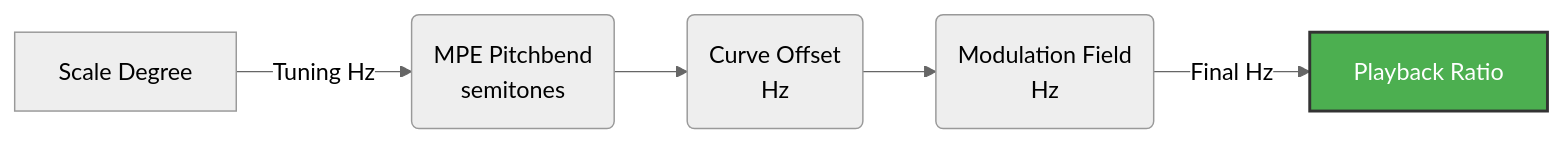
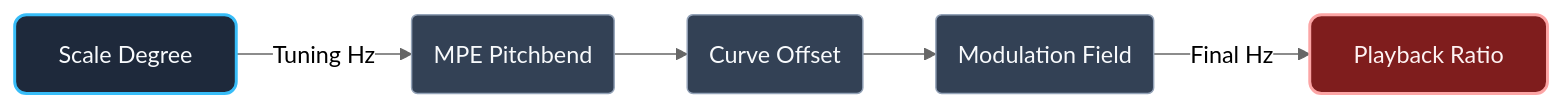
The second of 3 diagrams in README.md (TheColby/Particelle), drawn with Mermaid (neutral theme) before and after one commit. The commit also changed other lines of this file, not shown here.

Commit message:
docs: align mermaid diagrams and curate accurate bibliography

````diff
--- a/README.md
+++ b/README.md
@@ -684,9 +708,11 @@
 ```mermaid
 flowchart LR
-    A[Scale Degree] -->|Tuning Hz| B(MPE Pitchbend\nsemitones)
-    B --> C(Curve Offset\nHz)
-    C --> D(Modulation Field\nHz)
-    D -->|Final Hz| E[Playback Ratio]
-    
-    style E fill:#4caf50,stroke:#333,stroke-width:2px,color:#fff;
+    classDef signal fill:#1e293b,stroke:#38bdf8,stroke-width:2px,color:#f8fafc,rx:8,ry:8
+    classDef process fill:#334155,stroke:#94a3b8,stroke-width:1px,color:#f8fafc,rx:4,ry:4
+    classDef output fill:#7f1d1d,stroke:#fca5a5,stroke-width:2px,color:#fef2f2,rx:8,ry:8
+
+    A[Scale Degree]:::signal -->|Tuning Hz| B(MPE Pitchbend):::process
+    B --> C(Curve Offset):::process
+    C --> D(Modulation Field):::process
+    D -->|Final Hz| E[Playback Ratio]:::output
 ```
````
